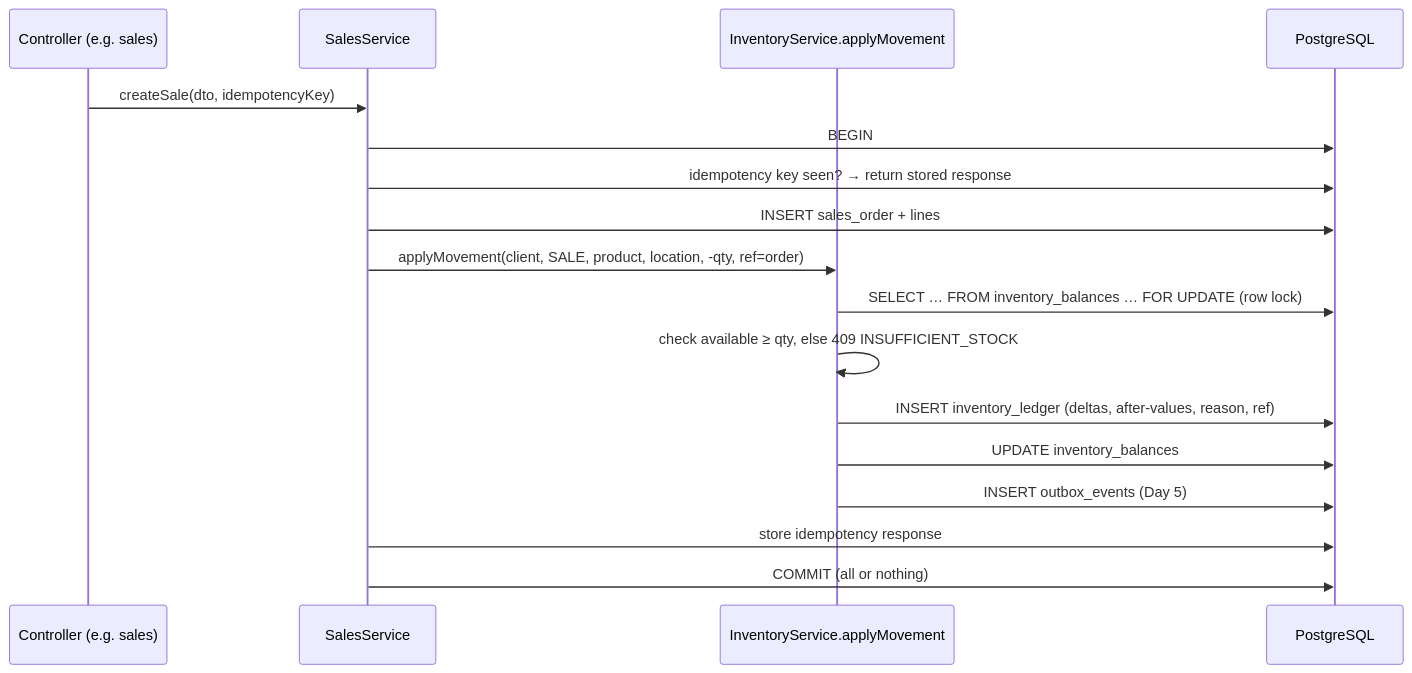
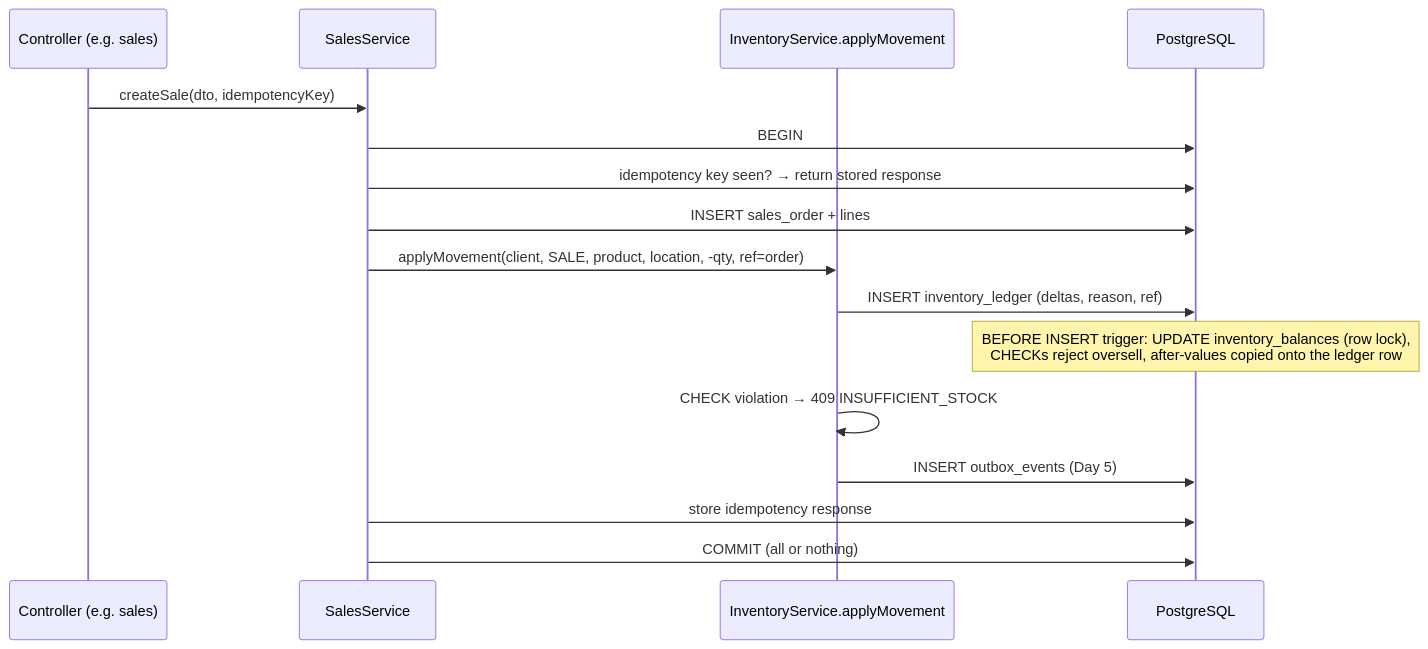
Before and after one commit to Hirockpaul/RetailPulse: the third of 6 diagrams in docs/ARCHITECTURE.md, drawn with Mermaid. The commit also changed other lines of this file and 49 other files, not shown here.

First line of the commit message:
feat: Day 2 — catalog, locations, inventory ledger, seed and UI

````diff
--- a/docs/ARCHITECTURE.md
+++ b/docs/ARCHITECTURE.md
@@ -106,20 +107,19 @@
 ```mermaid
 sequenceDiagram
   participant C as Controller (e.g. sales)
   participant S as SalesService
   participant I as InventoryService.applyMovement
   participant DB as PostgreSQL
 
   C->>S: createSale(dto, idempotencyKey)
   S->>DB: BEGIN
   S->>DB: idempotency key seen? → return stored response
   S->>DB: INSERT sales_order + lines
   S->>I: applyMovement(client, SALE, product, location, -qty, ref=order)
-  I->>DB: SELECT … FROM inventory_balances … FOR UPDATE   (row lock)
-  I->>I: check available ≥ qty, else 409 INSUFFICIENT_STOCK
-  I->>DB: INSERT inventory_ledger (deltas, after-values, reason, ref)
-  I->>DB: UPDATE inventory_balances
+  I->>DB: INSERT inventory_ledger (deltas, reason, ref)
+  Note over DB: BEFORE INSERT trigger: UPDATE inventory_balances (row lock),<br/>CHECKs reject oversell, after-values copied onto the ledger row
+  I->>I: CHECK violation → 409 INSUFFICIENT_STOCK
   I->>DB: INSERT outbox_events (Day 5)
   S->>DB: store idempotency response
   S->>DB: COMMIT  (all or nothing)
 ```
````
